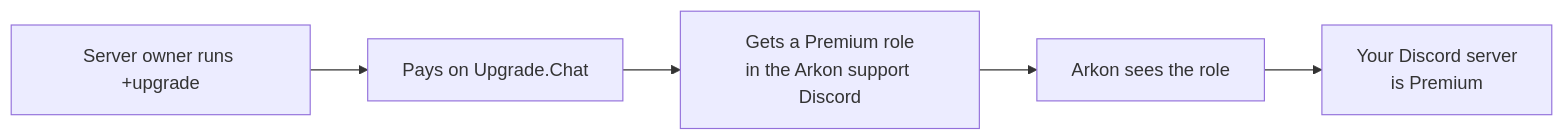
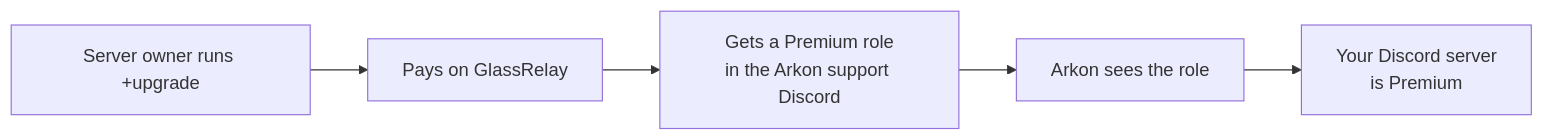
Before and after one commit to vertyco/ArkonWiki: the first of 2 diagrams in guides/premium.md, drawn with Mermaid. The commit also changed other lines of this file and 3 other files, not shown here.

Commit message:
Point Arkon Premium buy and cancel links at GlassRelay instead of Upgrade.Chat

````diff
--- a/guides/premium.md
+++ b/guides/premium.md
@@ -24,7 +24,7 @@
 ```mermaid
 graph LR
-A["Server owner runs +upgrade"] --> B["Pays on Upgrade.Chat"]
+A["Server owner runs +upgrade"] --> B["Pays on GlassRelay"]
 B --> C["Gets a Premium role<br/>in the Arkon support Discord"]
 C --> D["Arkon sees the role"]
 D --> E["Your Discord server<br/>is Premium"]
 ```
````
